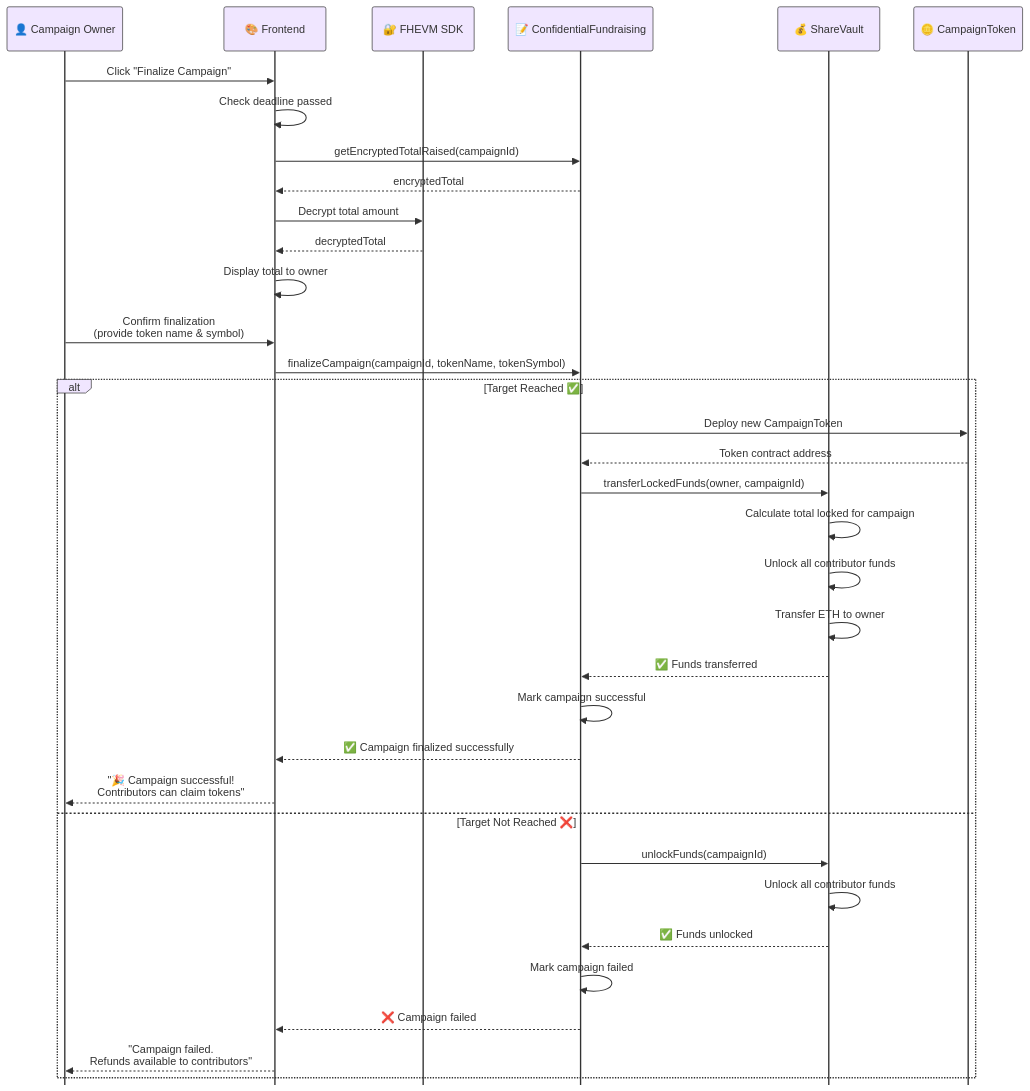
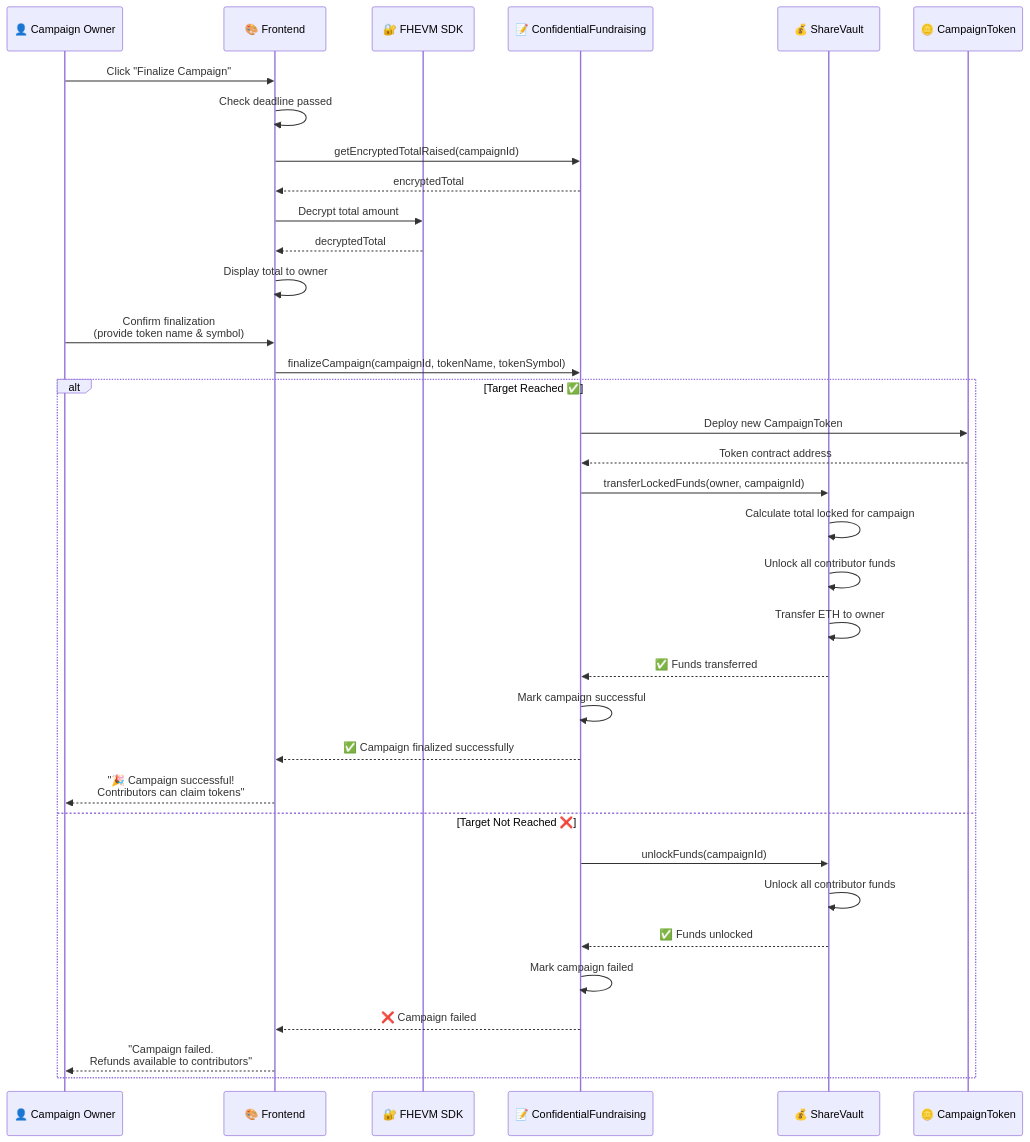
The fifth of 8 diagrams in README.md (cris-the-dev/confidental-fundraising), drawn with Mermaid before and after one commit. The commit also changed other lines of this file, not shown here.

Commit message:
chore(): update mermaid diagrams style

````diff
--- a/README.md
+++ b/README.md
@@ -204,44 +196,42 @@
 ```mermaid
-%%{init: {'theme':'base', 'themeVariables': {'primaryColor':'#f0e6ff','primaryTextColor':'#333','primaryBorderColor':'#333','lineColor':'#666','fontFamily':'Comic Sans MS, cursive, sans-serif'},'sequence':{'mirrorActors':false}}}%%
-
 sequenceDiagram
     participant U as 👤 Campaign Owner
     participant F as 🎨 Frontend
     participant SDK as 🔐 FHEVM SDK
     participant CF as 📝 ConfidentialFundraising
     participant SV as 💰 ShareVault
     participant CT as 🪙 CampaignToken
 
     U->>F: Click "Finalize Campaign"
     F->>F: Check deadline passed
 
     F->>CF: getEncryptedTotalRaised(campaignId)
     CF-->>F: encryptedTotal
     F->>SDK: Decrypt total amount
     SDK-->>F: decryptedTotal
 
     F->>F: Display total to owner
     U->>F: Confirm finalization<br/>(provide token name & symbol)
 
     F->>CF: finalizeCampaign(campaignId, tokenName, tokenSymbol)
 
     alt Target Reached ✅
         CF->>CT: Deploy new CampaignToken
         CT-->>CF: Token contract address
         CF->>SV: transferLockedFunds(owner, campaignId)
         SV->>SV: Calculate total locked for campaign
         SV->>SV: Unlock all contributor funds
         SV->>SV: Transfer ETH to owner
         SV-->>CF: ✅ Funds transferred
         CF->>CF: Mark campaign successful
         CF-->>F: ✅ Campaign finalized successfully
         F-->>U: "🎉 Campaign successful!<br/>Contributors can claim tokens"
     else Target Not Reached ❌
         CF->>SV: unlockFunds(campaignId)
         SV->>SV: Unlock all contributor funds
         SV-->>CF: ✅ Funds unlocked
         CF->>CF: Mark campaign failed
         CF-->>F: ❌ Campaign failed
         F-->>U: "Campaign failed.<br/>Refunds available to contributors"
     end
 ```
````
